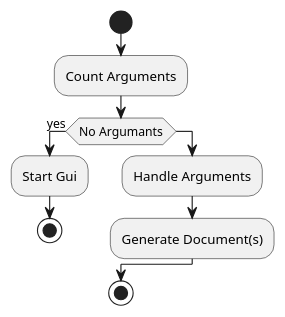
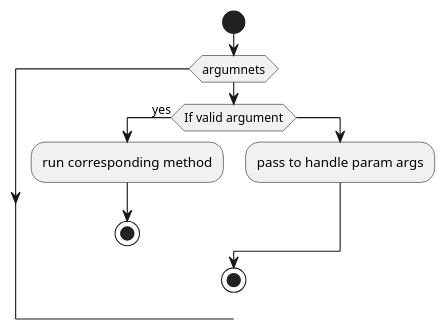
Before and after one commit to j0giwa/autonomous-instant-documents: the fourth of 5 diagrams in docs/dev/technical_documentation/diagramm/uml/flowcharts/cli/cli.puml, drawn with PlantUML. The commit also changed other lines of this file, not shown here.

Commit message:
cli flowchartsw

```diff
--- a/docs/dev/technical_documentation/diagramm/uml/flowcharts/cli/cli.puml
+++ b/docs/dev/technical_documentation/diagramm/uml/flowcharts/cli/cli.puml
@@ -42,13 +48,12 @@
-@startuml Ha
+@startuml handleArgs
 skinparam monochrome true
 start
-:Count Arguments;
-if (No Argumants) then (yes)
-	:Start Gui;
-	stop
-else
-	:Handle Arguments;
-	:Generate Document(s);
-endif
+while (argumnets)
+        if (If valid argument) then (yes)
+	        :run corresponding method;
+	        stop
+        else
+	        :pass to handle param args;
+        endif
 stop
 @enduml
```
